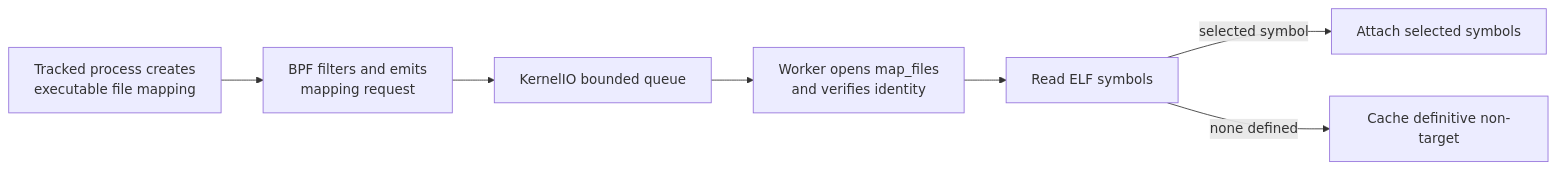
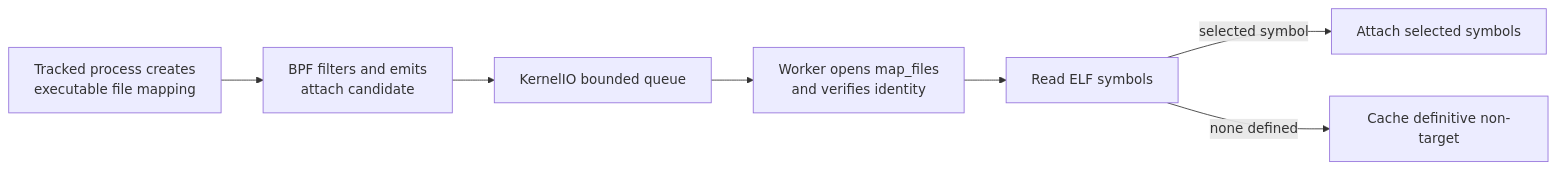
One commit to cicd-sensor/cicd-sensor changed the second of 4 diagrams in docs/developer-guide/ebpf/http-uprobes.md. Above: the diagram before and after it, drawn with Mermaid. The commit also changed other lines of this file and 24 other files, not shown here.

````diff
--- a/docs/developer-guide/ebpf/http-uprobes.md
+++ b/docs/developer-guide/ebpf/http-uprobes.md
@@ -128,14 +138,14 @@
 ```mermaid
 flowchart LR
     MAP["Tracked process creates<br/>executable file mapping"]
-    BPF["BPF filters and emits<br/>mapping request"]
+    BPF["BPF filters and emits<br/>attach candidate"]
     QUEUE["KernelIO bounded queue"]
     OPEN["Worker opens map_files<br/>and verifies identity"]
     ELF["Read ELF symbols"]
     ATTACH["Attach selected symbols"]
     CACHE["Cache definitive non-target"]
 
     MAP --> BPF --> QUEUE --> OPEN --> ELF
     ELF -->|"selected symbol"| ATTACH
     ELF -->|"none defined"| CACHE
 ```
````
